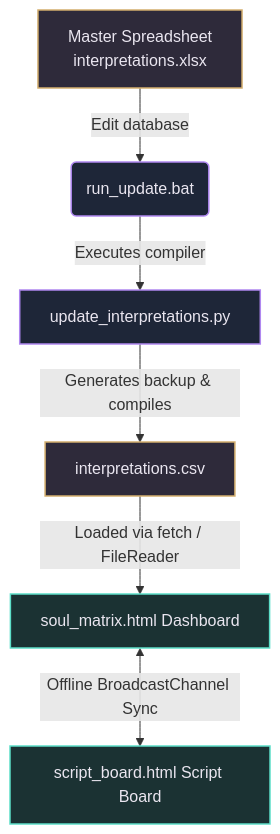
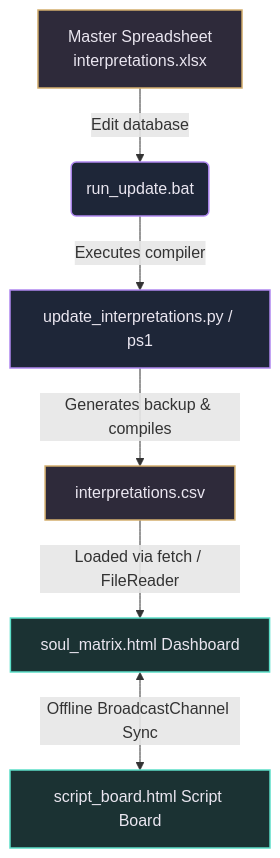
The first of 5 diagrams in README.md (AhmadHassan-BTed/SoulMatrix), drawn with Mermaid before and after one commit. The commit also changed other lines of this file and 11 other files, not shown here.

````diff
--- a/README.md
+++ b/README.md
@@ -56,12 +56,12 @@
 ```mermaid
 graph TD
     classDef file fill:#2e2a3a,stroke:#d4af6e,stroke-width:1.5px,color:#eae6f0;
     classDef script fill:#1e2638,stroke:#b088f0,stroke-width:1.5px,color:#eae6f0;
     classDef ui fill:#1b3233,stroke:#5cdec8,stroke-width:1.5px,color:#eae6f0;
 
     xlsx[Master Spreadsheet<br>interpretations.xlsx]:::file -->|Edit database| bat_sync(run_update.bat):::script
-    bat_sync -->|Executes compiler| py_sync[update_interpretations.py]:::script
+    bat_sync -->|Executes compiler| py_sync[update_interpretations.py / ps1]:::script
     py_sync -->|Generates backup & compiles| csv_db[interpretations.csv]:::file
     csv_db -->|Loaded via fetch / FileReader| main_app[soul_matrix.html Dashboard]:::ui
     main_app <-->|Offline BroadcastChannel Sync| script_board[script_board.html Script Board]:::ui
 ```
````
